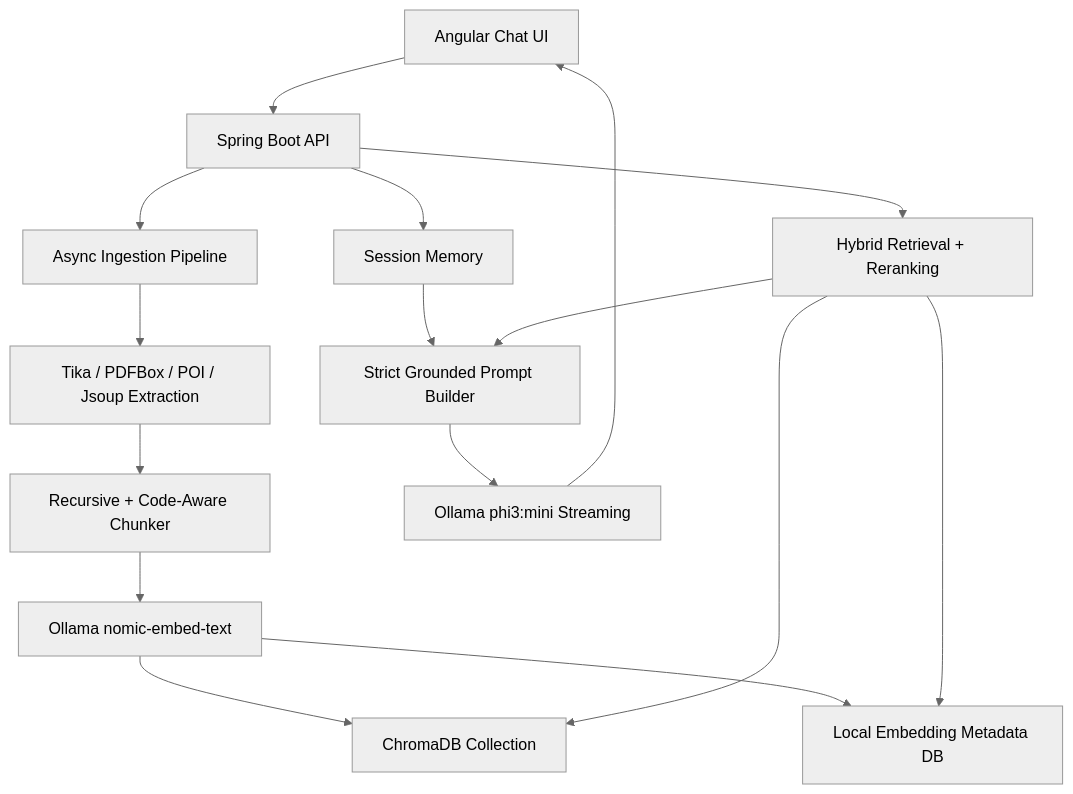
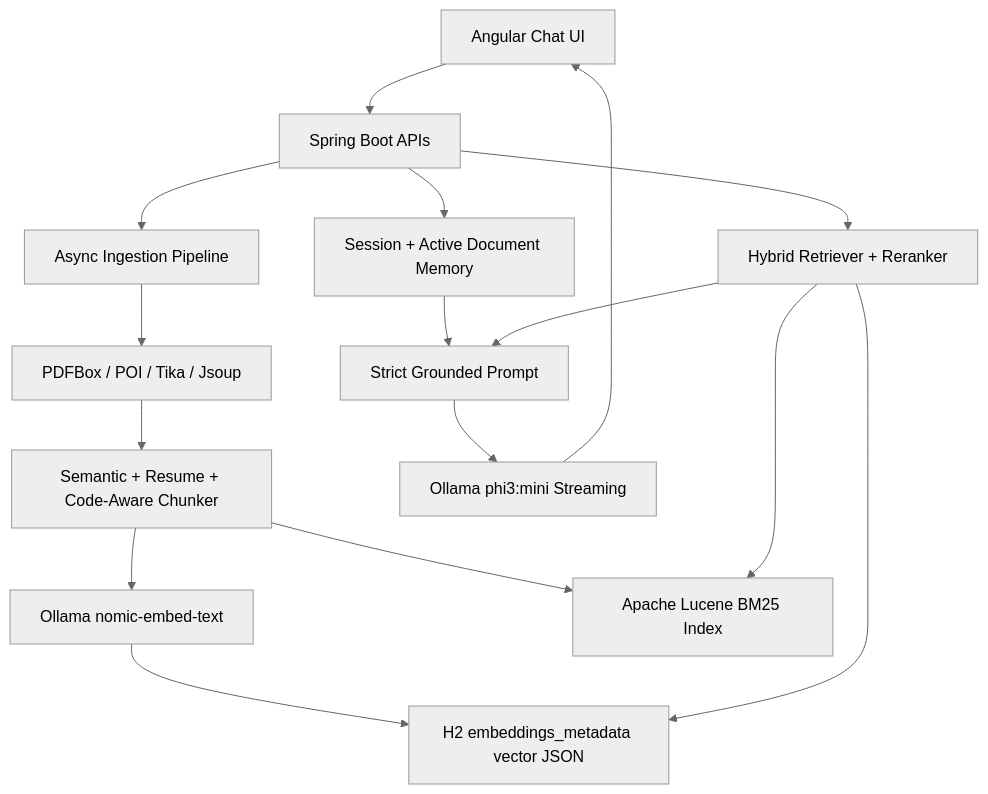
The diagram in docs/mature-rag-architecture.md (sunilthitme/Chat-Bot), drawn with Mermaid (neutral theme) before and after one commit. The commit also changed other lines of this file and 22 other files, not shown here.

Commit message:
Implement restricted local RAG retrieval

````diff
--- a/docs/mature-rag-architecture.md
+++ b/docs/mature-rag-architecture.md
@@ -5,28 +7,28 @@
 ```mermaid
 flowchart TD
     UI["Angular Chat UI"]
-    API["Spring Boot API"]
+    API["Spring Boot APIs"]
     INGEST["Async Ingestion Pipeline"]
-    EXTRACT["Tika / PDFBox / POI / Jsoup Extraction"]
-    CHUNK["Recursive + Code-Aware Chunker"]
+    EXTRACT["PDFBox / POI / Tika / Jsoup"]
+    CHUNK["Semantic + Resume + Code-Aware Chunker"]
     EMBED["Ollama nomic-embed-text"]
-    CHROMA["ChromaDB Collection"]
-    META["Local Embedding Metadata DB"]
-    MEMORY["Session Memory"]
-    RETRIEVE["Hybrid Retrieval + Reranking"]
-    PROMPT["Strict Grounded Prompt Builder"]
+    H2["H2 embeddings_metadata vector JSON"]
+    LUCENE["Apache Lucene BM25 Index"]
+    MEMORY["Session + Active Document Memory"]
+    RETRIEVE["Hybrid Retriever + Reranker"]
+    PROMPT["Strict Grounded Prompt"]
     LLM["Ollama phi3:mini Streaming"]
 
     UI --> API
     API --> INGEST
     INGEST --> EXTRACT --> CHUNK --> EMBED
-    EMBED --> CHROMA
-    EMBED --> META
+    EMBED --> H2
+    CHUNK --> LUCENE
     API --> MEMORY
     API --> RETRIEVE
-    RETRIEVE --> CHROMA
-    RETRIEVE --> META
+    RETRIEVE --> H2
+    RETRIEVE --> LUCENE
     MEMORY --> PROMPT
     RETRIEVE --> PROMPT
     PROMPT --> LLM --> UI
 ```
````
